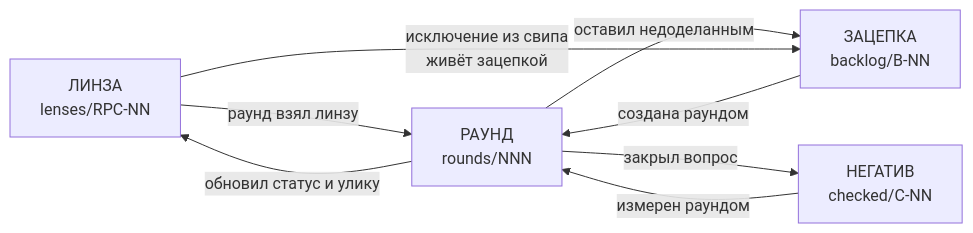
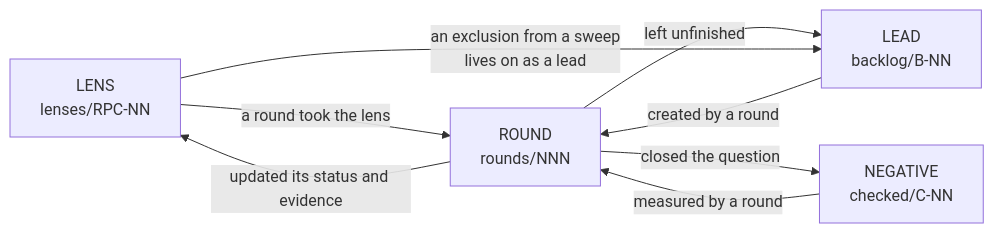
The diagram in .claude/loop/LOOP.md (nogipx/rpc_dart), drawn with Mermaid before and after one commit. The commit also changed other lines of this file and 118 other files, not shown here.

````diff
--- a/.claude/loop/LOOP.md
+++ b/.claude/loop/LOOP.md
@@ -30,15 +30,15 @@
 ```mermaid
 flowchart LR
-    L["ЛИНЗА<br/>lenses/RPC-NN"]
-    R["РАУНД<br/>rounds/NNN"]
-    B["ЗАЦЕПКА<br/>backlog/B-NN"]
-    C["НЕГАТИВ<br/>checked/C-NN"]
+    L["LENS<br/>lenses/RPC-NN"]
+    R["ROUND<br/>rounds/NNN"]
+    B["LEAD<br/>backlog/B-NN"]
+    C["NEGATIVE<br/>checked/C-NN"]
 
-    L -->|"раунд взял линзу"| R
-    R -->|"обновил статус и улику"| L
-    R -->|"оставил недоделанным"| B
-    R -->|"закрыл вопрос"| C
-    B -->|"создана раундом"| R
-    C -->|"измерен раундом"| R
-    L -->|"исключение из свипа<br/>живёт зацепкой"| B
+    L -->|"a round took the lens"| R
+    R -->|"updated its status and evidence"| L
+    R -->|"left unfinished"| B
+    R -->|"closed the question"| C
+    B -->|"created by a round"| R
+    C -->|"measured by a round"| R
+    L -->|"an exclusion from a sweep<br/>lives on as a lead"| B
 ```
````
